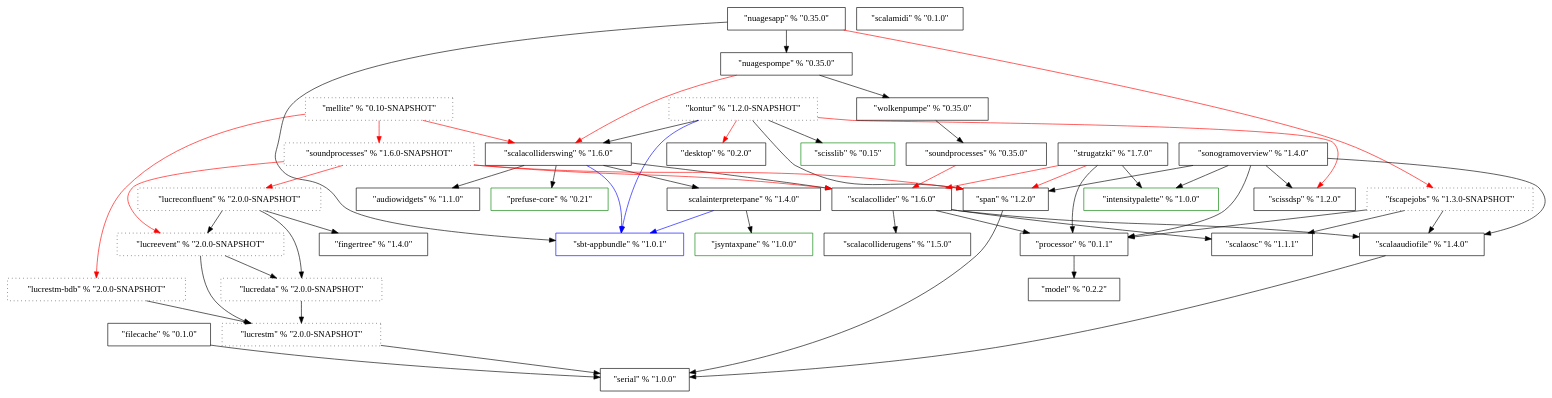
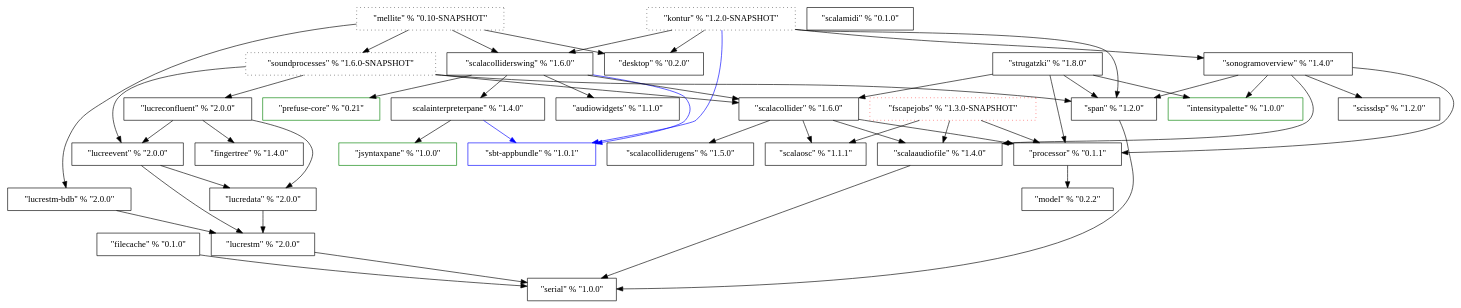
One commit to Sciss/HistoricalCode changed the diagram in ProjectDependencies/dep.dot. Above: the diagram before and after it, drawn with Graphviz. The commit also changed 1 other file, not shown here.

```diff
--- a/ProjectDependencies/dep.dot
+++ b/ProjectDependencies/dep.dot
@@ -1,94 +1,82 @@
 digraph G {
 	AudioWidgets [label="\"audiowidgets\" % \"1.1.0\"", shape=box];
 	Desktop [label="\"desktop\" % \"0.2.0\"", shape=Box];
 	FileCache [label="\"filecache\" % \"0.1.0\"", shape=Box];
 	FingerTree [label="\"fingertree\" % \"1.4.0\"", shape=Box];
-	FScapeJobs [label="\"fscapejobs\" % \"1.3.0-SNAPSHOT\"", shape=box, style=dotted];
+	FScapeJobs [label="\"fscapejobs\" % \"1.3.0-SNAPSHOT\"", shape=box, style=dotted, color=red];
 	IntensityPalette [label="\"intensitypalette\" % \"1.0.0\"", shape=Box, color=green];
 	JSyntaxPane [label="\"jsyntaxpane\" % \"1.0.0\"", shape=Box, color=green];
 	Kontur [label="\"kontur\" % \"1.2.0-SNAPSHOT\"", shape=Box, style=dotted];
-	LucreConfluent [label="\"lucreconfluent\" % \"2.0.0-SNAPSHOT\"", shape=Box, style=dotted];
-	LucreData [label="\"lucredata\" % \"2.0.0-SNAPSHOT\"", shape=Box, style=dotted];
-	LucreEvent [label="\"lucreevent\" % \"2.0.0-SNAPSHOT\"", shape=Box, style=dotted];
-	LucreSTM [label="\"lucrestm\" % \"2.0.0-SNAPSHOT\"", shape=Box, style=dotted];
-	LucreSTM_BDB [label="\"lucrestm-bdb\" % \"2.0.0-SNAPSHOT\"", shape=Box, style=dotted];
+	LucreConfluent [label="\"lucreconfluent\" % \"2.0.0\"", shape=Box];
+	LucreData [label="\"lucredata\" % \"2.0.0\"", shape=Box];
+	LucreEvent [label="\"lucreevent\" % \"2.0.0\"", shape=Box];
+	LucreSTM [label="\"lucrestm\" % \"2.0.0\"", shape=Box];
+	LucreSTM_BDB [label="\"lucrestm-bdb\" % \"2.0.0\"", shape=Box];
 	Mellite [label="\"mellite\" % \"0.10-SNAPSHOT\"", shape=Box, style=dotted];
 	Model [label="\"model\" % \"0.2.2\"", shape=Box];
-	NuagesApp [label="\"nuagesapp\" % \"0.35.0\"", shape=Box];
-	NuagesPompe [label="\"nuagespompe\" % \"0.35.0\"", shape=Box];
 	PrefuseCore [label="\"prefuse-core\" % \"0.21\"", shape=Box, color=green];
 	Processor [label="\"processor\" % \"0.1.1\"", shape=Box];
 	SbtAppbundle [label="\"sbt-appbundle\" % \"1.0.1\"", shape=Box, color=blue];
 	ScalaOSC [label="\"scalaosc\" % \"1.1.1\"", shape=box];
 	ScalaAudioFile [label="\"scalaaudiofile\" % \"1.4.0\"", shape=box];
 	ScalaCollider [label="\"scalacollider\" % \"1.6.0\"", shape=Box];
 	ScalaColliderSwing [label="\"scalacolliderswing\" % \"1.6.0\"", shape=Box];
 	ScalaColliderUGens [label="\"scalacolliderugens\" % \"1.5.0\"", shape=Box];
 	ScalaInterpreterPane [label="\scalainterpreterpane\" % \"1.4.0\"", shape=Box];
 	ScalaMIDI [label="\"scalamidi\" % \"0.1.0\"", shape=Box];
 	ScissDSP [label="\"scissdsp\" % \"1.2.0\"", shape=Box];
-	ScissLib [label="\"scisslib\" % \"0.15\"", shape=Box, color=green];
 	Serial [label="\"serial\" % \"1.0.0\"", shape=Box];
 	SonogramOverview [label="\"sonogramoverview\" % \"1.4.0\"", shape=Box];
 	SoundProcesses [label="\"soundprocesses\" % \"1.6.0-SNAPSHOT\"", shape=Box, style=dotted];
-	SoundProcesses_OLD [label="\"soundprocesses\" % \"0.35.0\"", shape=Box];
    Span [label="\"span\" % \"1.2.0\"", shape=box];
-	Strugatzki [label="\"strugatzki\" % \"1.7.0\"", shape=Box];
-	Wolkenpumpe [label="\"wolkenpumpe\" % \"0.35.0\"", shape=Box];
+	Strugatzki [label="\"strugatzki\" % \"1.8.0\"", shape=Box];
 	
 	FileCache -> Serial;
 	FScapeJobs -> Processor;
 	FScapeJobs -> ScalaOSC;
 	FScapeJobs -> ScalaAudioFile;
-	Kontur -> Desktop [color=red];
+	Kontur -> Desktop;
 	Kontur -> SbtAppbundle [color=blue];
 	Kontur -> ScalaColliderSwing;
-	Kontur -> ScissDSP [color=red];
-	Kontur -> ScissLib;
+	Kontur -> SonogramOverview;
 	Kontur -> Span;
 	LucreConfluent -> FingerTree;
 	LucreConfluent -> LucreData;
 	LucreConfluent -> LucreEvent;
 	LucreData -> LucreSTM;
 	LucreEvent -> LucreSTM;
    LucreEvent -> LucreData;
    LucreSTM -> Serial;
    LucreSTM_BDB -> LucreSTM;
-	Mellite -> SoundProcesses [color=red];
-	Mellite -> ScalaColliderSwing [color=red];
-	Mellite -> LucreSTM_BDB [color=red];
-	NuagesApp -> SbtAppbundle;
-	NuagesApp -> NuagesPompe;
-	NuagesApp -> FScapeJobs [color=red];
-	NuagesPompe -> Wolkenpumpe;
-	NuagesPompe -> ScalaColliderSwing [color=red];
+   Mellite -> Desktop;
+	Mellite -> LucreSTM_BDB;
+	Mellite -> ScalaColliderSwing;
+	Mellite -> SoundProcesses;
 	Processor -> Model;
    ScalaAudioFile -> Serial;
    ScalaCollider -> Processor;
 	ScalaCollider -> ScalaAudioFile;
 	ScalaCollider -> ScalaColliderUGens;
 	ScalaCollider -> ScalaOSC;
 	ScalaColliderSwing -> SbtAppbundle [color=blue];
 	ScalaColliderSwing -> ScalaCollider;
 	ScalaColliderSwing -> ScalaInterpreterPane;
 	ScalaColliderSwing -> PrefuseCore;
 	ScalaColliderSwing -> AudioWidgets;
 	ScalaInterpreterPane -> JSyntaxPane;
 	ScalaInterpreterPane -> SbtAppbundle [color=blue];
 	SonogramOverview -> IntensityPalette;
 	SonogramOverview -> Processor;
 	SonogramOverview -> ScalaAudioFile;
 	SonogramOverview -> ScissDSP;
 	SonogramOverview -> Span;
-	SoundProcesses -> ScalaCollider [color=red];
-	SoundProcesses -> LucreConfluent [color=red];
-	SoundProcesses -> LucreEvent [color=red];
-	SoundProcesses -> Span [color=red];
-	SoundProcesses_OLD -> ScalaCollider [color=red];
+	SoundProcesses -> ScalaCollider;
+	SoundProcesses -> LucreConfluent;
+	SoundProcesses -> LucreEvent;
+	SoundProcesses -> Span;
 	Span -> Serial;
 	Strugatzki -> IntensityPalette;
 	Strugatzki -> Processor;
-	Strugatzki -> ScalaCollider [color=red];
-	Strugatzki -> Span [color=red];
-	Wolkenpumpe -> SoundProcesses_OLD;
+	Strugatzki -> ScalaCollider;
+	Strugatzki -> Span;
 }
```
